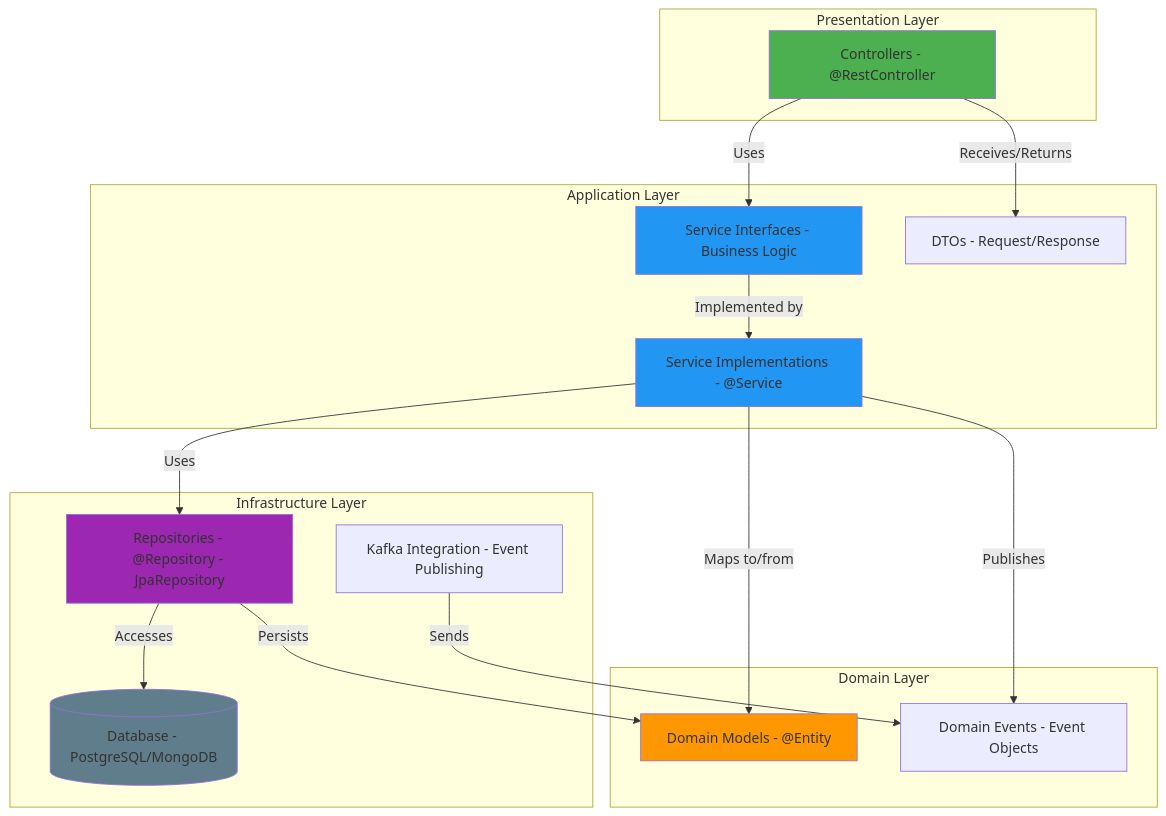
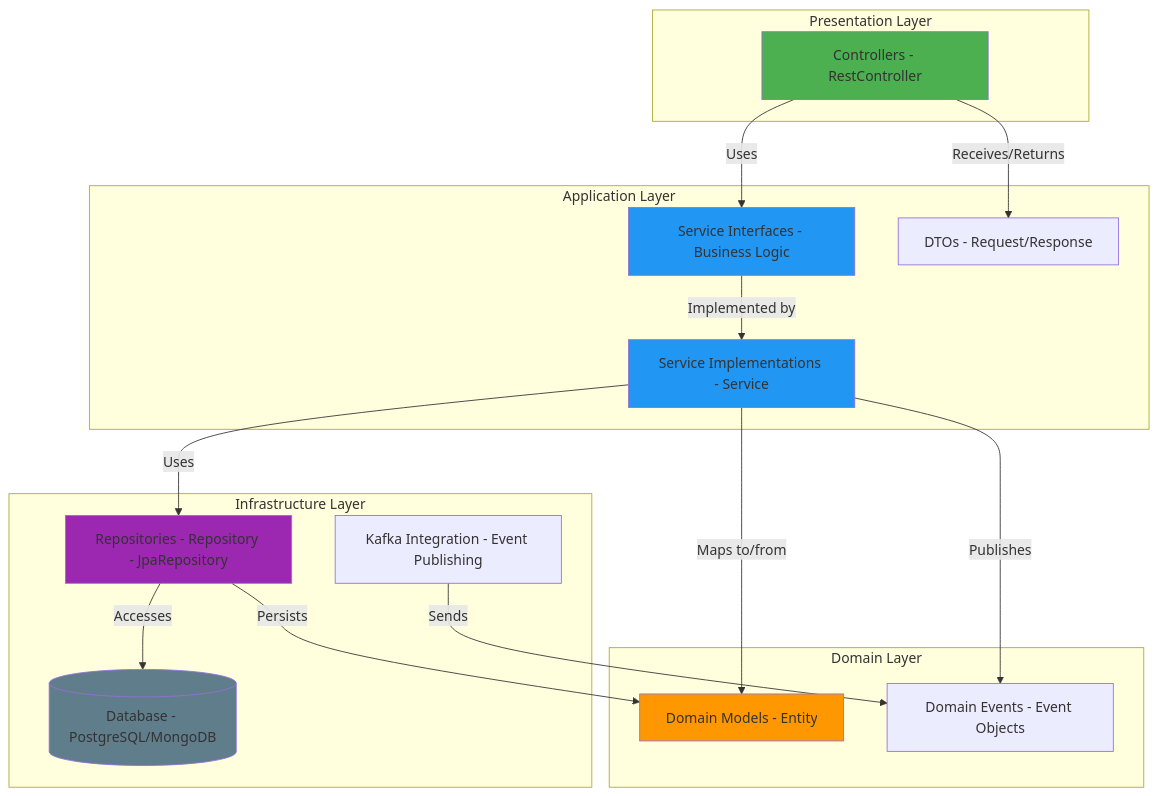
One commit to hagsmand/workshop-bob-micro changed the eighth of 14 diagrams in README.md. Above: the diagram before and after it, drawn with Mermaid. The commit also changed other lines of this file, not shown here.

````diff
--- a/README.md
+++ b/README.md
@@ -420,40 +420,40 @@
 ```mermaid
 graph TB
     subgraph "Presentation Layer"
-        Controller[Controllers - @RestController]
+        Controller[Controllers - RestController]
     end
     
     subgraph "Application Layer"
         Service[Service Interfaces - Business Logic]
-        ServiceImpl[Service Implementations - @Service]
+        ServiceImpl[Service Implementations - Service]
         DTO[DTOs - Request/Response]
     end
     
     subgraph "Domain Layer"
-        Model[Domain Models - @Entity]
+        Model[Domain Models - Entity]
         Event[Domain Events - Event Objects]
     end
     
     subgraph "Infrastructure Layer"
-        Repository[Repositories - @Repository - JpaRepository]
+        Repository[Repositories - Repository - JpaRepository]
         Kafka[Kafka Integration - Event Publishing]
         Database[(Database - PostgreSQL/MongoDB)]
     end
     
     Controller -->|Uses| Service
     Service -->|Implemented by| ServiceImpl
     Controller -->|Receives/Returns| DTO
     ServiceImpl -->|Uses| Repository
     ServiceImpl -->|Publishes| Event
     ServiceImpl -->|Maps to/from| Model
     Repository -->|Persists| Model
     Repository -->|Accesses| Database
     Kafka -->|Sends| Event
     
     style Controller fill:#4CAF50
     style Service fill:#2196F3
     style ServiceImpl fill:#2196F3
     style Model fill:#FF9800
     style Repository fill:#9C27B0
     style Database fill:#607D8B
 ```
````
